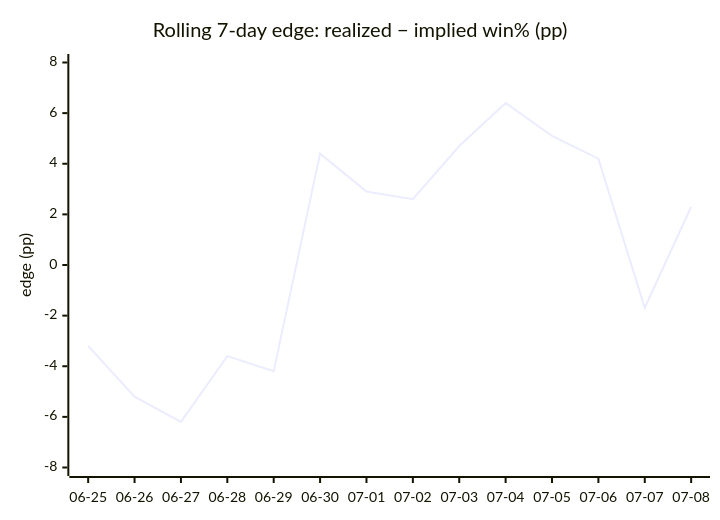
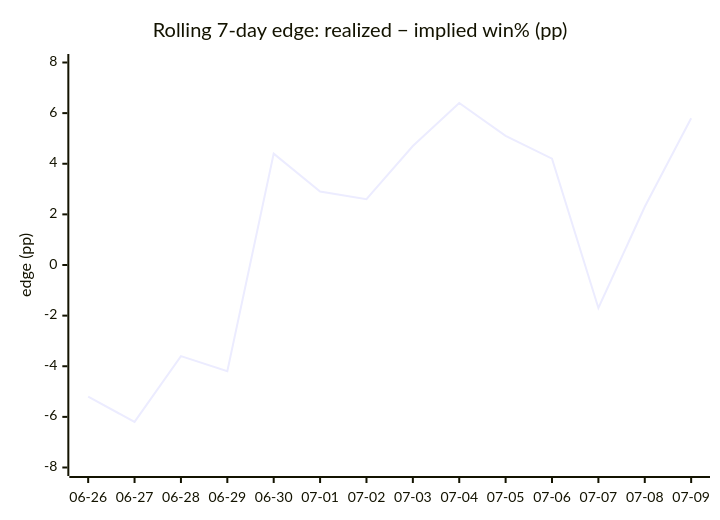
Before and after one commit to dpk1212/nhl-savant: the fifth of 5 diagrams in DAILY_AGSU_REPORT.md, drawn with Mermaid. The commit also changed other lines of this file, not shown here.

````diff
--- a/DAILY_AGSU_REPORT.md
+++ b/DAILY_AGSU_REPORT.md
@@ -551,7 +553,7 @@
 ```mermaid
 xychart-beta
     title "Rolling 7-day edge: realized − implied win% (pp)"
-    x-axis ["06-25", "06-26", "06-27", "06-28", "06-29", "06-30", "07-01", "07-02", "07-03", "07-04", "07-05", "07-06", "07-07", "07-08"]
+    x-axis ["06-26", "06-27", "06-28", "06-29", "06-30", "07-01", "07-02", "07-03", "07-04", "07-05", "07-06", "07-07", "07-08", "07-09"]
     y-axis "edge (pp)" -8 --> 8
-    line [-3.2, -5.2, -6.2, -3.6, -4.2, 4.4, 2.9, 2.6, 4.7, 6.4, 5.1, 4.2, -1.7, 2.3]
+    line [-5.2, -6.2, -3.6, -4.2, 4.4, 2.9, 2.6, 4.7, 6.4, 5.1, 4.2, -1.7, 2.3, 5.8]
 ```
````
